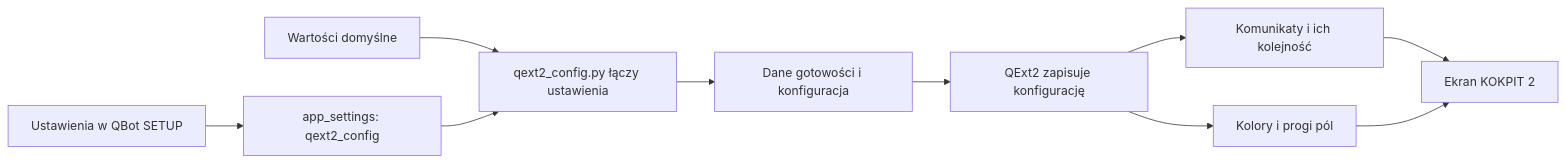
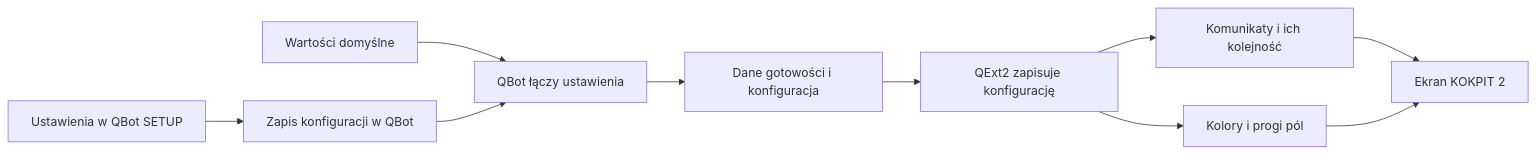
Before and after one commit to QbotMS/QbotQ: the diagram in docs/wiki/qext2/kokpit2.md, drawn with Mermaid. The commit also changed 153 other files, not shown here.

````diff
--- a/docs/wiki/qext2/kokpit2.md
+++ b/docs/wiki/qext2/kokpit2.md
@@ -43,12 +43,12 @@
 ```mermaid
 flowchart LR
-  Setup[Ustawienia w QBot SETUP] --> Save[app_settings: qext2_config]
-  Defaults[Wartości domyślne] --> Merge[qext2_config.py łączy ustawienia]
+  Setup[Ustawienia w QBot SETUP] --> Save[Zapis konfiguracji w QBot]
+  Defaults[Wartości domyślne] --> Merge[QBot łączy ustawienia]
   Save --> Merge
   Merge --> Ready[Dane gotowości i konfiguracja]
   Ready --> Karoo[QExt2 zapisuje konfigurację]
   Karoo --> Messages[Komunikaty i ich kolejność]
   Karoo --> Colors[Kolory i progi pól]
   Messages --> Screen[Ekran KOKPIT 2]
   Colors --> Screen
 ```
````
